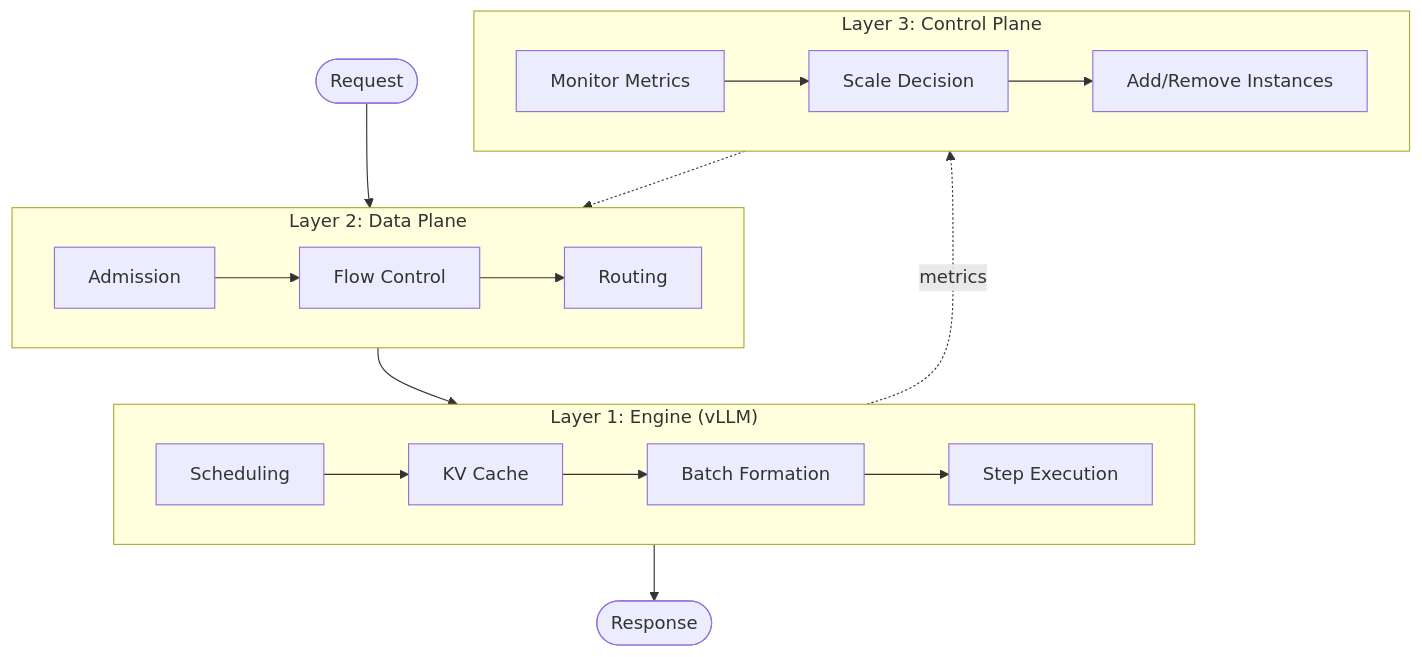
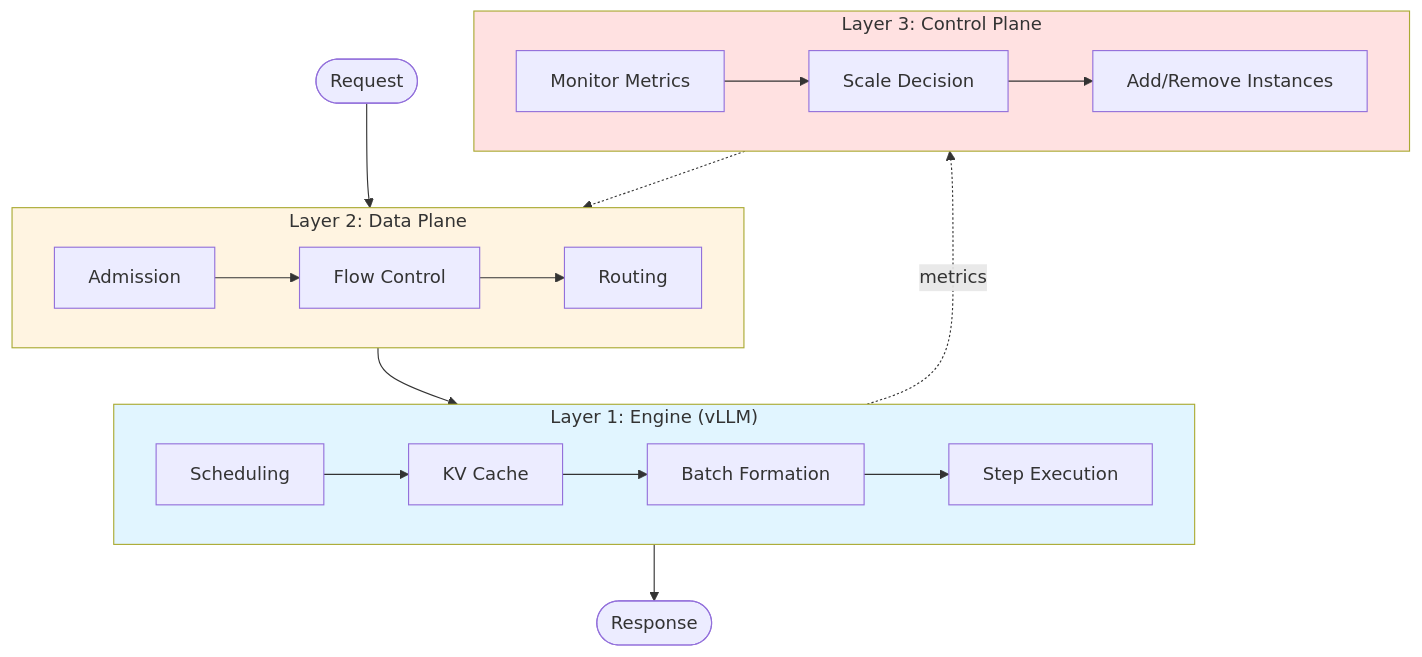
The diagram in docs/blog/posts/building-trust-physics-of-simulation.md (inference-sim/inference-sim), drawn with Mermaid before and after one commit.

Commit message:
docs(blog): add light background colors to distinguish mermaid diagram layers

````diff
--- a/docs/blog/posts/building-trust-physics-of-simulation.md
+++ b/docs/blog/posts/building-trust-physics-of-simulation.md
@@ -39,30 +39,34 @@
 ```mermaid
 flowchart TB
     subgraph Layer1["Layer 1: Engine (vLLM)"]
         Sched[Scheduling]
         KV[KV Cache]
         Batch[Batch Formation]
         Step[Step Execution]
         Sched --> KV --> Batch --> Step
     end
 
     subgraph Layer2["Layer 2: Data Plane"]
         Admit[Admission]
         Route[Routing]
         Flow[Flow Control]
         Admit --> Flow --> Route
     end
 
     subgraph Layer3["Layer 3: Control Plane"]
         Monitor[Monitor Metrics]
         Decide[Scale Decision]
         Actuate[Add/Remove Instances]
         Monitor --> Decide --> Actuate
     end
 
     Request([Request]) --> Layer2
     Layer2 --> Layer1
     Layer1 --> Response([Response])
     Layer3 -.-> Layer2
     Layer1 -.->|metrics| Layer3
+
+    style Layer1 fill:#e1f5ff
+    style Layer2 fill:#fff4e1
+    style Layer3 fill:#ffe1e1
 ```
````
